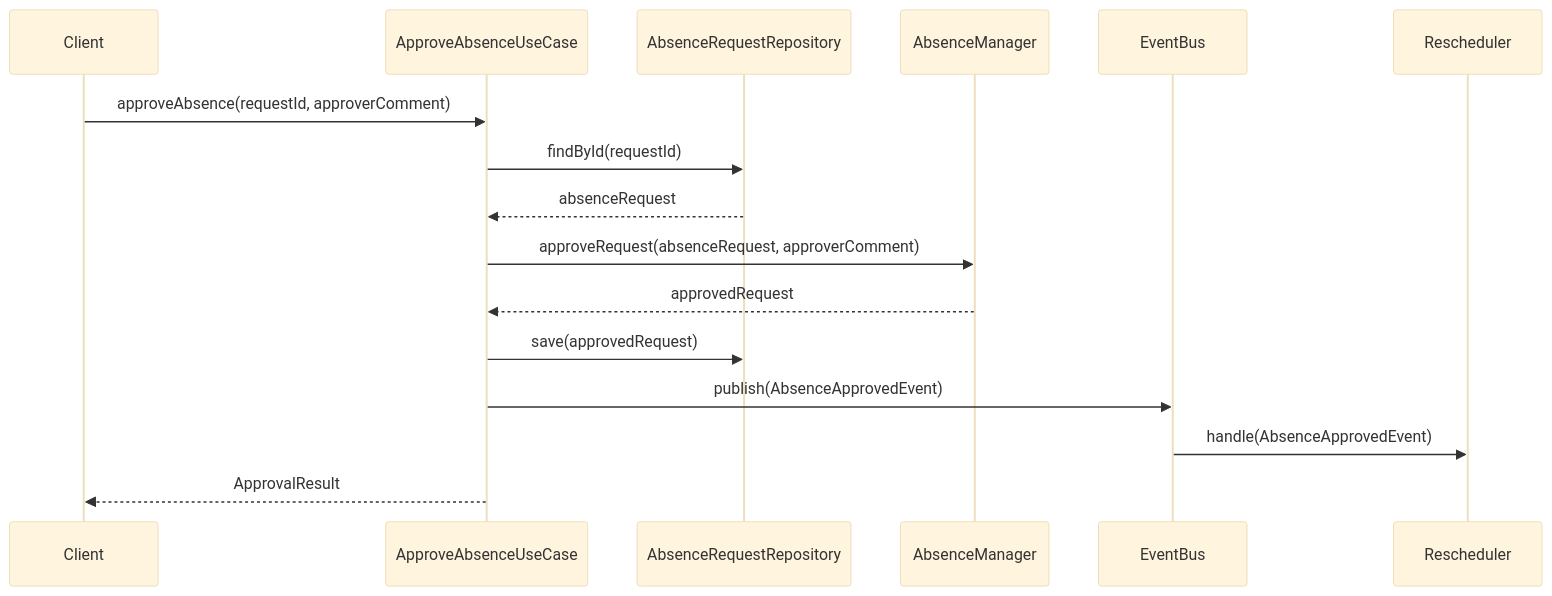
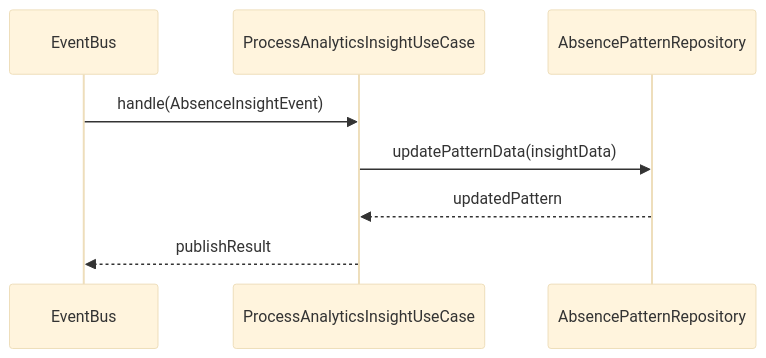
The eighth of 18 diagrams in 設計書/05_アプリケーション層.md (NowatariSoma/tomosigoto_nou_system), drawn with Mermaid (base theme) before and after one commit. The commit also changed other lines of this file and 12 other files, not shown here.

````diff
--- a/設計書/05_アプリケーション層.md
+++ b/設計書/05_アプリケーション層.md
@@ -214,19 +295,11 @@
 ```mermaid
 sequenceDiagram
-    participant Client
-    participant UseCase as ApproveAbsenceUseCase
-    participant Repository as AbsenceRequestRepository
-    participant Manager as AbsenceManager
     participant EventBus
-    participant Rescheduler
+    participant UseCase as ProcessAnalyticsInsightUseCase
+    participant Repository as AbsencePatternRepository
     
-    Client->>UseCase: approveAbsence(requestId, approverComment)
-    UseCase->>Repository: findById(requestId)
-    Repository-->>UseCase: absenceRequest
-    UseCase->>Manager: approveRequest(absenceRequest, approverComment)
-    Manager-->>UseCase: approvedRequest
-    UseCase->>Repository: save(approvedRequest)
-    UseCase->>EventBus: publish(AbsenceApprovedEvent)
-    EventBus->>Rescheduler: handle(AbsenceApprovedEvent)
-    UseCase-->>Client: ApprovalResult
+    EventBus->>UseCase: handle(AbsenceInsightEvent)
+    UseCase->>Repository: updatePatternData(insightData)
+    Repository-->>UseCase: updatedPattern
+    UseCase-->>EventBus: publishResult
 ```
````
